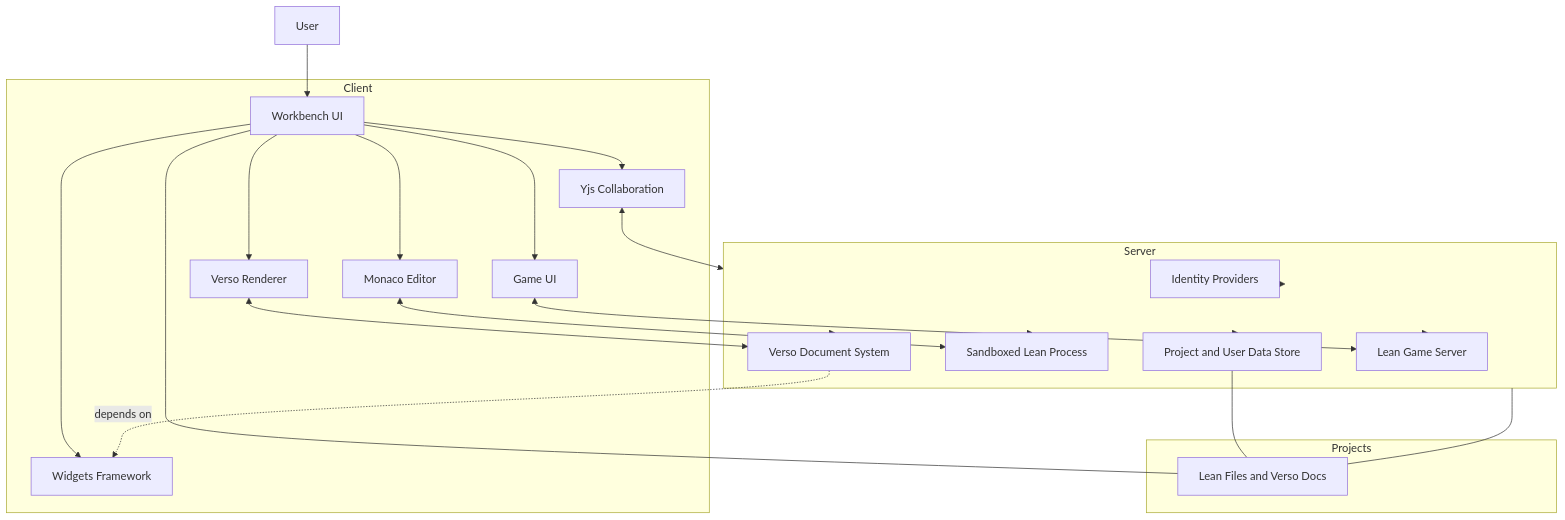
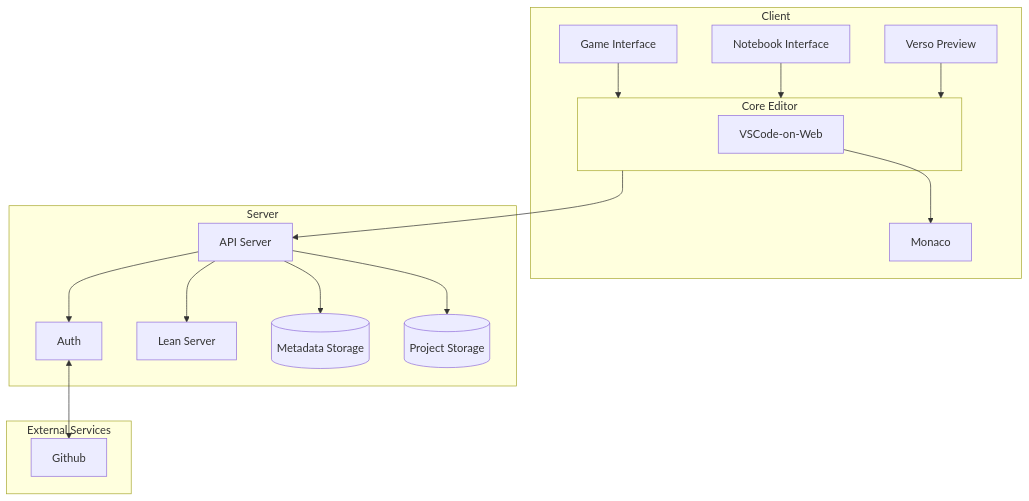
Before and after one commit to jcreedcmu/workbench-doc: the diagram in workbench-doc.md, drawn with Mermaid.

Commit message:
actual content for architecture diagram

````diff
--- a/workbench-doc.md
+++ b/workbench-doc.md
@@ -351,54 +351,46 @@
 ```mermaid
 flowchart TD
 
-%% === TOP LEVEL ===
-User[User]
+subgraph Client
 
-subgraph Client[Client]
-    UI[Workbench UI]
-    Monaco[Monaco Editor]
-    Collab[Yjs Collaboration]
-    Widgets[Widgets Framework]
-    VersoRender[Verso Renderer]
-    GameUI[Game UI]
+subgraph CoreEditor[Core Editor]
+   VSCode[VSCode-on-Web]
+end
+VSCode --> Monaco
+
+GameView[Game Interface]
+GameView --> CoreEditor
+
+Notebook[Notebook Interface]
+Notebook --> CoreEditor
+
+VersoPreview[Verso Preview]
+VersoPreview --> CoreEditor
+
+Monaco
+
 end
 
-subgraph Server[Server]
-    Auth[Identity Providers]
-    Storage[Project and User Data Store]
-    LeanProc[Sandboxed Lean Process]
-    Verso[Verso Document System]
-    Games[Lean Game Server]
+subgraph Server
+   ApiServer[API Server]
+   Auth
+   LeanServer[Lean Server]
+   MetadataStorage[(Metadata Storage)]
+   ProjectStorage[(Project Storage)]
 end
 
-subgraph Projects[Projects]
-    Files[Lean Files and Verso Docs]
+CoreEditor --> ApiServer
+
+
+ApiServer --> Auth
+ApiServer --> LeanServer
+ApiServer --> MetadataStorage
+ApiServer --> ProjectStorage
+
+subgraph ExternalServices[External Services]
+    Github
 end
 
-%% === CONNECTIONS ===
-User --> UI
+Auth <--> Github
 
-UI --> Monaco
-UI --> VersoRender
-UI --> Collab
-UI --> Widgets
-UI --> GameUI
-
-Monaco <--> LeanProc
-VersoRender <--> Verso
-GameUI <--> Games
-
-Collab <--> Server
-
-Server --> Auth
-Server --> Storage
-Server --> LeanProc
-Server --> Verso
-Server --> Games
-
-Storage --- Files
-UI --- Files
-Server --- Files
-
-Verso -. depends on .-> Widgets
 ```
````
